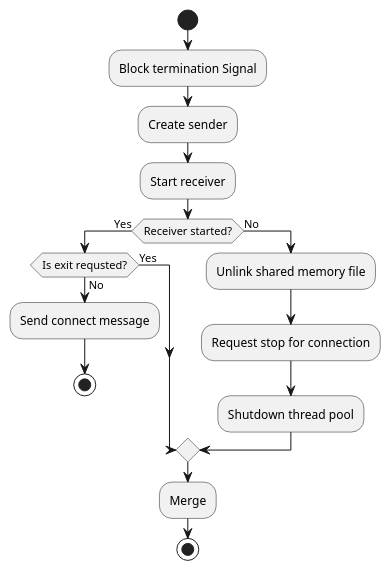
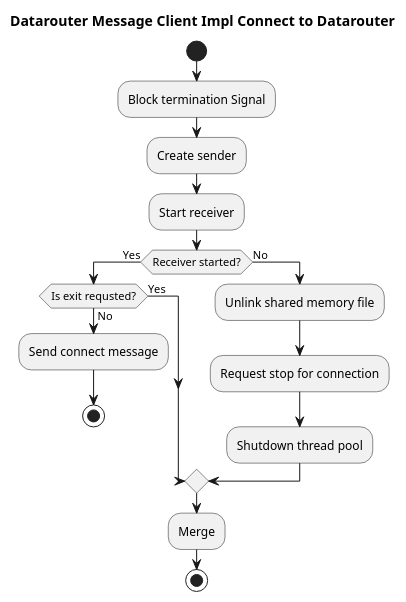
One commit to eclipse-score/inc_mw_log changed the diagram in design/datarouter_message_client_impl_connecttodatarouter.puml. Above: the diagram before and after it, drawn with PlantUML. The commit also changed 9 other files, not shown here.

Commit message:
more diagrams

```diff
--- a/design/datarouter_message_client_impl_connecttodatarouter.puml
+++ b/design/datarouter_message_client_impl_connecttodatarouter.puml
@@ -1,19 +1,21 @@
 @startuml
+title Datarouter Message Client Impl Connect to Datarouter
+
 start
 :Block termination Signal;
 :Create sender;
 :Start receiver;
 if (Receiver started?) then (Yes)
     if (Is exit requsted?) then (No)
     :Send connect message;
     stop
     else (Yes)
     endif
 else (No)
     :Unlink shared memory file;
     :Request stop for connection;
     :Shutdown thread pool;
 endif
 :Merge;
 stop
 @enduml
```
